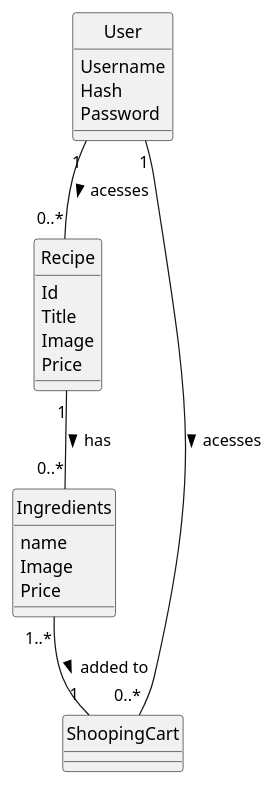
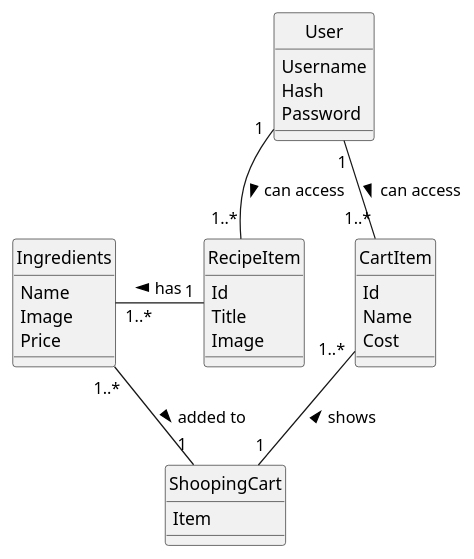
Before and after one commit to IsepMartimOliveira/DSSMV_ProjectDroid_1181754: the diagram in Documents/DM.puml, drawn with PlantUML. The commit also changed 10 other files, not shown here.

```diff
--- a/Documents/DM.puml
+++ b/Documents/DM.puml
@@ -1,31 +1,40 @@
 @startuml
 hide circle
 
 class User{
 Username
 Hash
 Password
 }
 
-class Recipe{
+
+class RecipeItem{
 Id
 Title
+Image
+}
+class Ingredients{
+Name
 Image
 Price
 }
 
-class Ingredients{
-name
-Image
-Price
+
+class ShoopingCart{
+Item
+
 }
 
-class ShoopingCart{
+class CartItem{
+Id
+Name
+Cost
+}
 
+User"1"--"1..*" CartItem:can access >
+User "1" -- "1..*" RecipeItem: can access >
+RecipeItem"1"--left"1..*"Ingredients:has >
+CartItem"1..*" --"1" ShoopingCart   :shows <
+Ingredients"1..*" -- "1" ShoopingCart: added to >
 
-}
-User "1" -- "0..*" Recipe: acesses >
-Recipe"1" --"0..*" Ingredients:has >
-User"1" --"0..*" ShoopingCart   :acesses >
-Ingredients"1..*" -- "1" ShoopingCart: added to >
 @enduml
```
